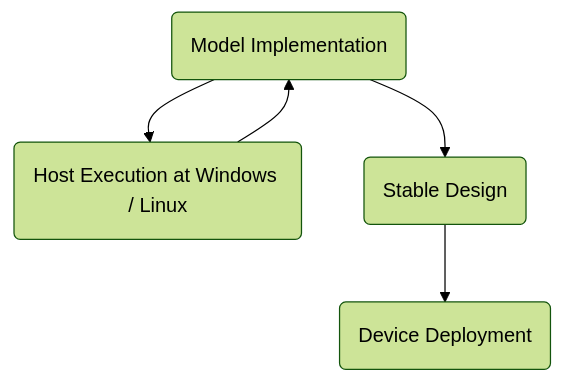
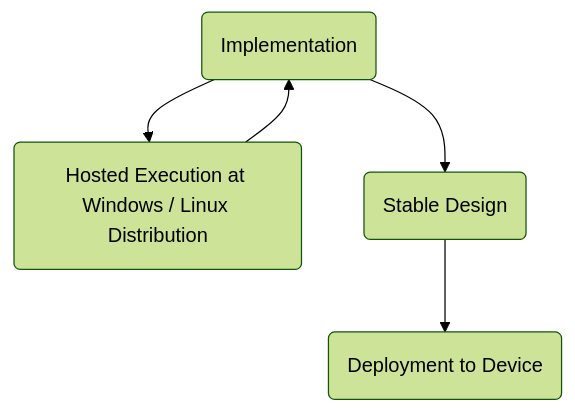
The diagram in README.md (move-os/moveOS), drawn with Mermaid (forest theme) before and after one commit.

````diff
--- a/README.md
+++ b/README.md
@@ -37,7 +37,7 @@
 ```mermaid
 graph TD;
-  A(Model Implementation) --> B(Host Execution at Windows / Linux)
+  A(Implementation) --> B(Hosted Execution at Windows / Linux Distribution)
   B --> A
   A --> C(Stable Design)
-  C --> D(Device Deployment)
+  C --> D(Deployment to Device)
 ```
````
